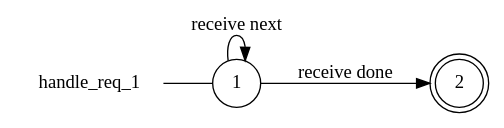
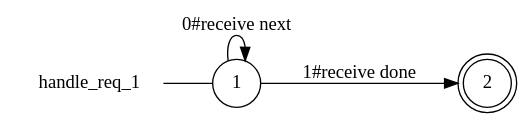
Before and after one commit to gabrielegenovese/chorer: the diagram in examples/serverclient/handle_req_1_local_view.dot, drawn with Graphviz. The commit also changed 60 other files, not shown here.

```diff
--- a/examples/serverclient/handle_req_1_local_view.dot
+++ b/examples/serverclient/handle_req_1_local_view.dot
@@ -1,10 +1,10 @@
 digraph handle_req_1 {
 	rankdir="LR";
 	n_0 [label="handle_req_1", shape="plaintext"];
 	n_1 [id="1", shape=circle, label="1"];
 	n_0 -> n_1 [arrowhead=none];
 	n_2 [id="2", shape=doublecircle, label="2"];
 
-	n_1 -> n_1 [id="[$e|5]", label="receive next"];
-	n_1 -> n_2 [id="[$e|1]", label="receive done"];
+	n_1 -> n_1 [id="[$e|5]", label="0#receive next"];
+	n_1 -> n_2 [id="[$e|1]", label="1#receive done"];
 }
```
